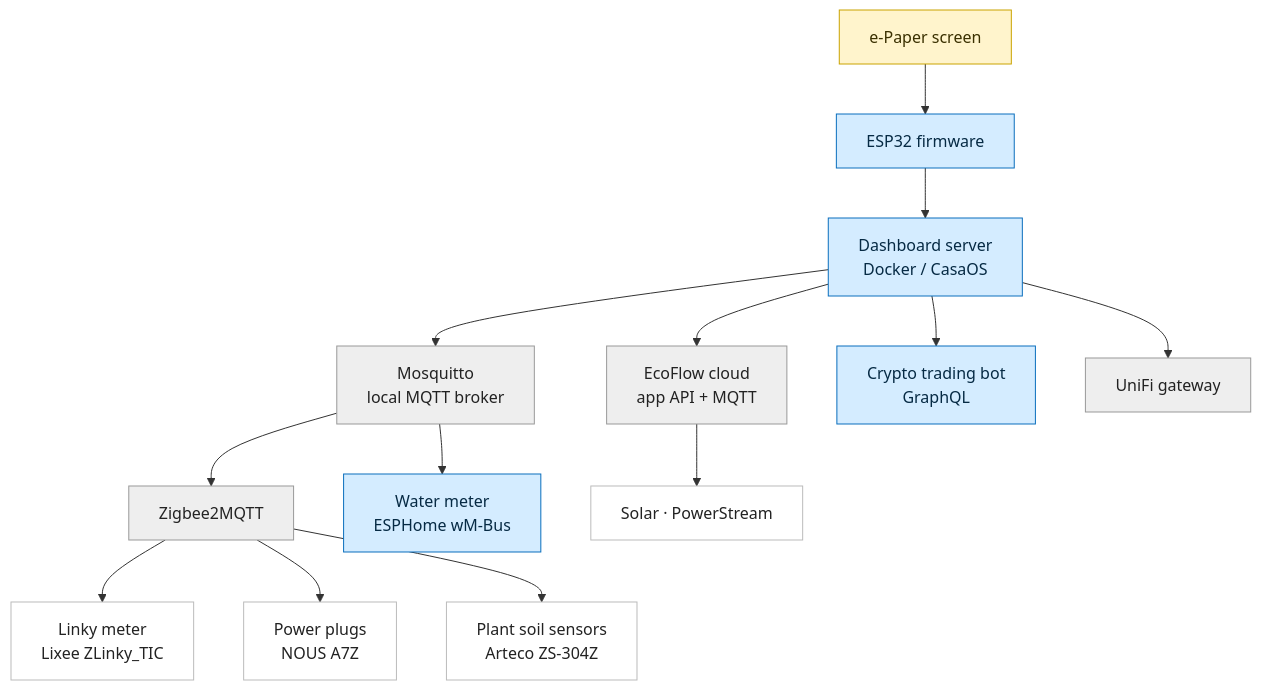
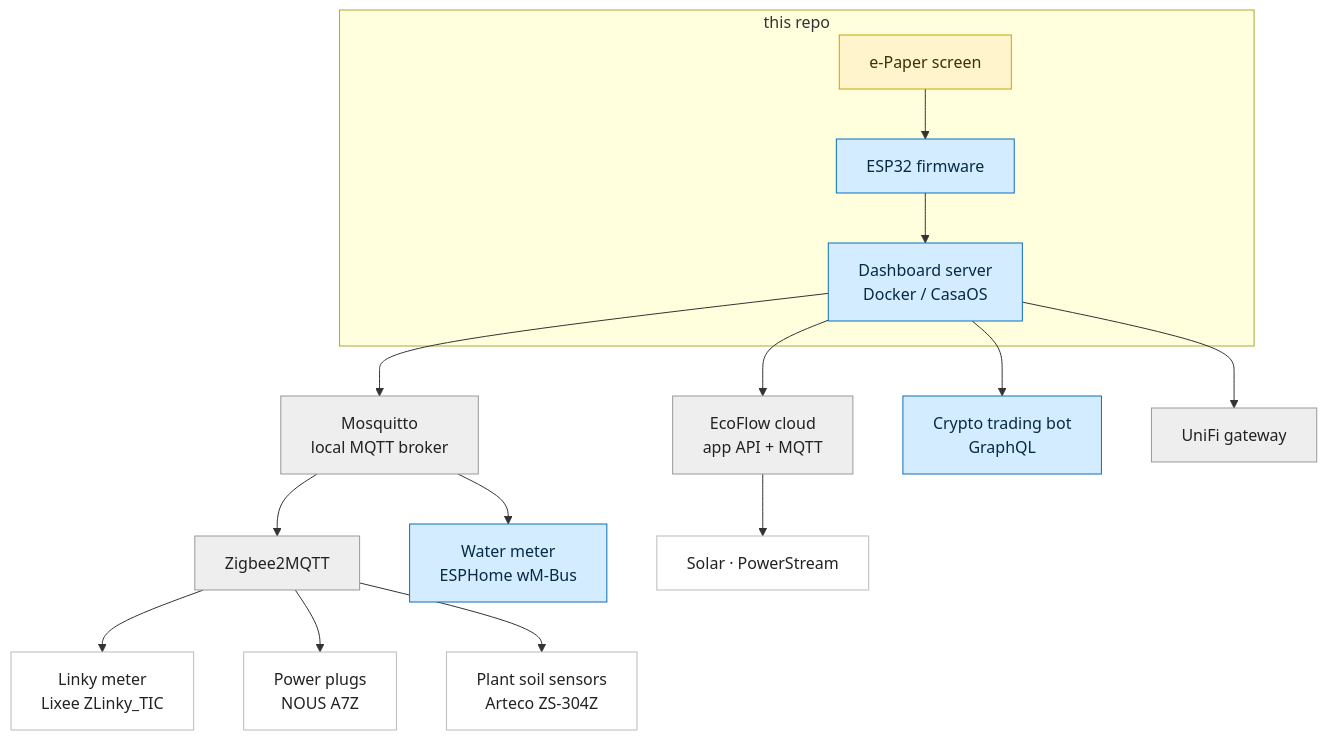
The diagram in README.md (moifort/home-dashboard), drawn with Mermaid before and after one commit.

Commit message:
docs: frame the screen, ESP32 and server in a "this repo" subgraph
Groups the e-paper screen, ESP32 firmware and dashboard server in a labelled
box so it's clear they all come from this repository.

````diff
--- a/README.md
+++ b/README.md
@@ -19,38 +19,40 @@
 ```mermaid
 flowchart TD
-    SCREEN["e-Paper screen"]:::hw
-    ESP["ESP32 firmware"]:::mine
-    SERVER["Dashboard server<br/>Docker / CasaOS"]:::mine
+    subgraph repo["this repo"]
+        SCREEN["e-Paper screen"]:::hw
+        ESP["ESP32 firmware"]:::mine
+        SERVER["Dashboard server<br/>Docker / CasaOS"]:::mine
+    end
 
     SCREEN --> ESP
     ESP --> SERVER
 
     MOSQ["Mosquitto<br/>local MQTT broker"]:::ext
     Z2M["Zigbee2MQTT"]:::ext
     LINKY["Linky meter<br/>Lixee ZLinky_TIC"]:::dev
     PLUGS["Power plugs<br/>NOUS A7Z"]:::dev
     PLANTS["Plant soil sensors<br/>Arteco ZS-304Z"]:::dev
     WATER["Water meter<br/>ESPHome wM-Bus"]:::mine
 
     SERVER --> MOSQ
     MOSQ --> Z2M
     MOSQ --> WATER
     Z2M --> LINKY
     Z2M --> PLUGS
     Z2M --> PLANTS
 
     ECO["EcoFlow cloud<br/>app API + MQTT"]:::ext
     PV["Solar · PowerStream"]:::dev
     SERVER --> ECO
     ECO --> PV
 
     CRYPTO["Crypto trading bot<br/>GraphQL"]:::mine
     UNIFI["UniFi gateway"]:::ext
     SERVER --> CRYPTO
     SERVER --> UNIFI
 
     classDef mine fill:#d4ecff,stroke:#0a6ebd,color:#062a44;
     classDef ext  fill:#eeeeee,stroke:#999999,color:#222222;
     classDef dev  fill:#ffffff,stroke:#bbbbbb,color:#222222;
     classDef hw   fill:#fff4cc,stroke:#caa300,color:#3a3000;
 ```
````
